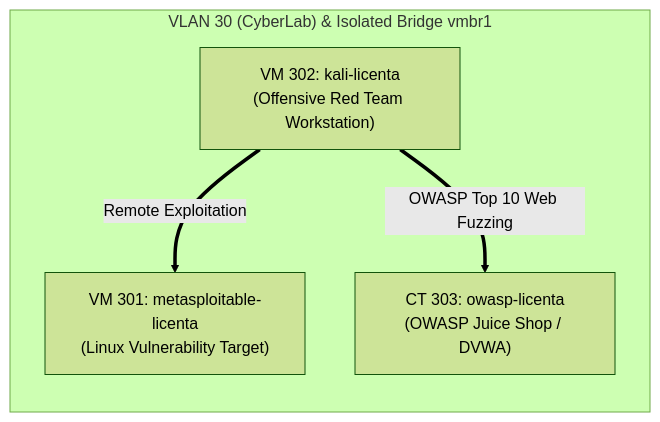
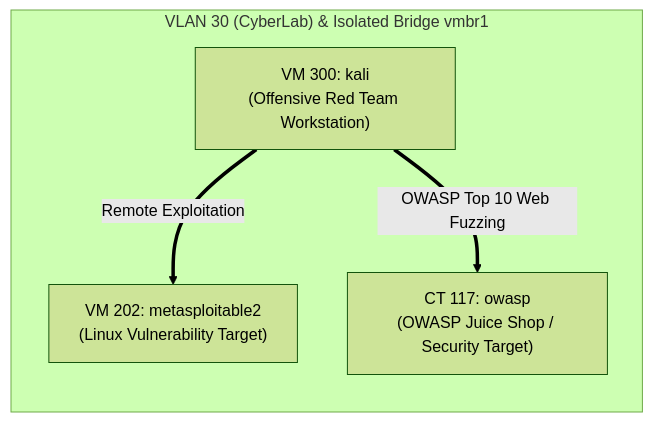
Before and after one commit to stefanutc1/infrastructure: the seventh of 15 diagrams in README.md, drawn with Mermaid (forest theme). The commit also changed other lines of this file and 5 other files, not shown here.

````diff
--- a/README.md
+++ b/README.md
@@ -336,11 +322,11 @@
 ```mermaid
 flowchart LR
     subgraph THESIS["VLAN 30 (CyberLab) & Isolated Bridge vmbr1"]
-        KALI["VM 302: kali-licenta<br/>(Offensive Red Team Workstation)"]
-        META["VM 301: metasploitable-licenta<br/>(Linux Vulnerability Target)"]
-        OWASP["CT 303: owasp-licenta<br/>(OWASP Juice Shop / DVWA)"]
+        KALI["VM 300: kali<br/>(Offensive Red Team Workstation)"]
+        META["VM 202: metasploitable2<br/>(Linux Vulnerability Target)"]
+        OWASP["CT 117: owasp<br/>(OWASP Juice Shop / Security Target)"]
     end
 
     KALI ==>|"Remote Exploitation"| META
     KALI ==>|"OWASP Top 10 Web Fuzzing"| OWASP
 ```
````
